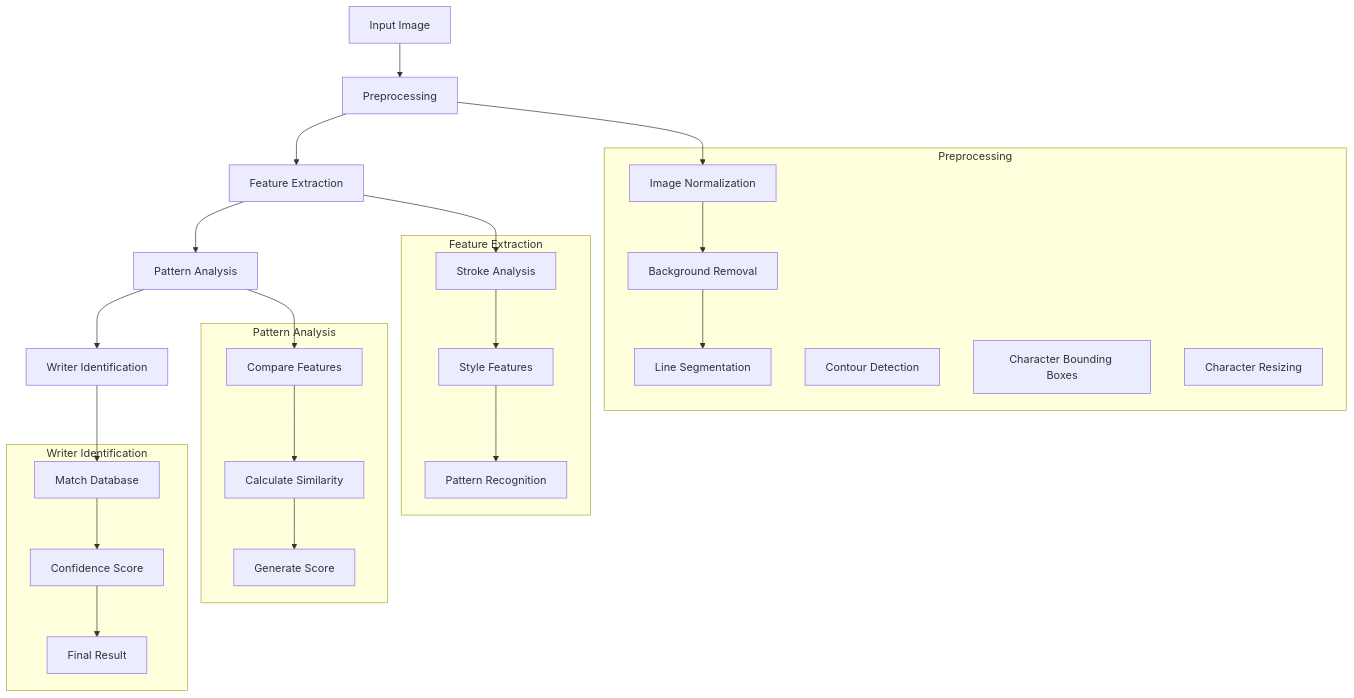
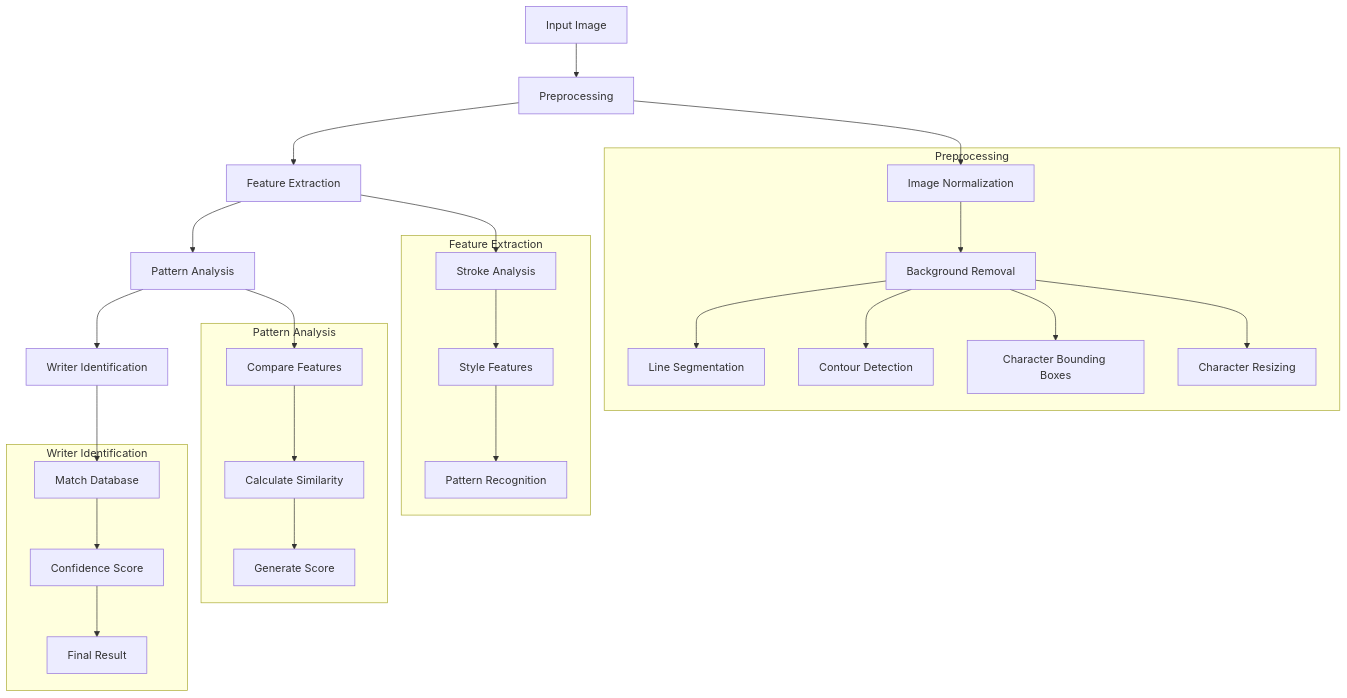
The diagram in README.md (TCodes08/HandwritingRecognition), drawn with Mermaid before and after one commit.

````diff
--- a/README.md
+++ b/README.md
@@ -10,50 +10,50 @@
 ```mermaid
 graph TD
     A[Input Image] --> B[Preprocessing]
     B --> C[Feature Extraction]
     C --> D[Pattern Analysis]
     D --> E[Writer Identification]
     
     subgraph Preprocessing
         B1[Image Normalization]
         B2[Background Removal]
         B3[Line Segmentation]
         B4[Contour Detection]
         B5[Character Bounding Boxes]
         B6[Character Resizing]
     end
     
     subgraph Feature Extraction
         C1[Stroke Analysis]
         C2[Style Features]
         C3[Pattern Recognition]
     end
     
     subgraph Pattern Analysis
         D1[Compare Features]
         D2[Calculate Similarity]
         D3[Generate Score]
     end
     
     subgraph Writer Identification
         E1[Match Database]
         E2[Confidence Score]
         E3[Final Result]
     end
 
     B --> B1
     B1 --> B2
-    B2 --> B3
+    B2 --> B3 & B4 & B5 & B6
     
     C --> C1
     C1 --> C2
     C2 --> C3
     
     D --> D1
     D1 --> D2
     D2 --> D3
     
     E --> E1
     E1 --> E2
     E2 --> E3
 ```
````
